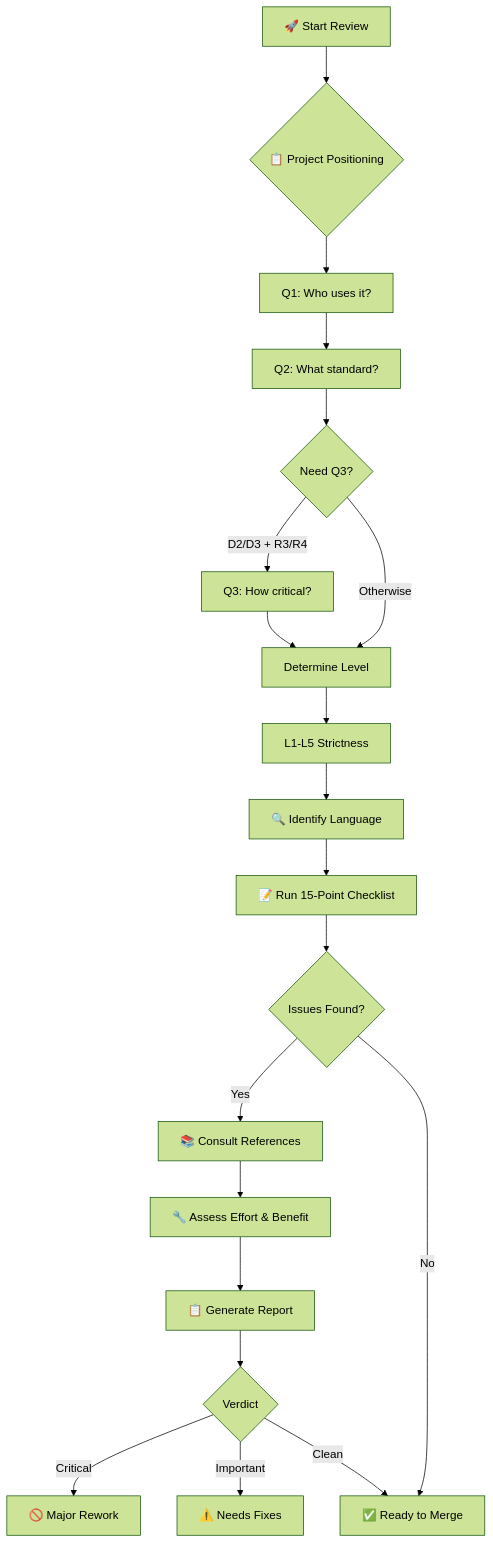
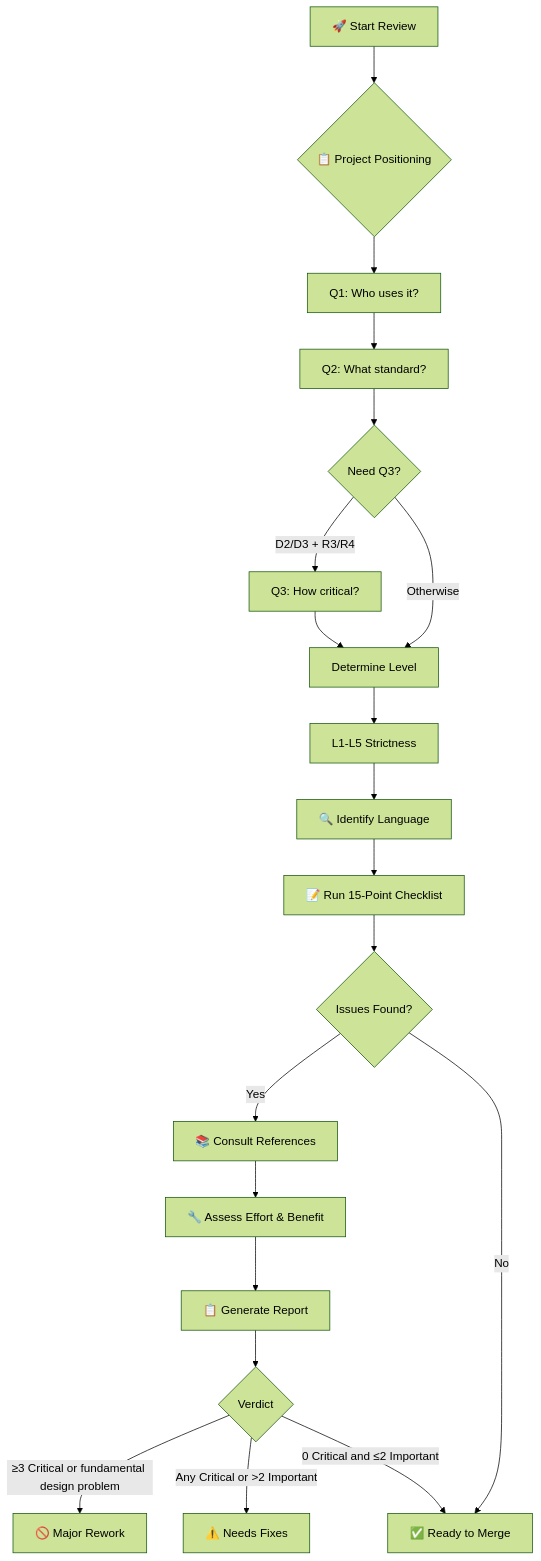
The diagram in skills/clean-code-reviewer/docs/features.md (R-jed/clean-code-reviewer), drawn with Mermaid (forest theme) before and after one commit. The commit also changed other lines of this file and 11 other files, not shown here.

````diff
--- a/skills/clean-code-reviewer/docs/features.md
+++ b/skills/clean-code-reviewer/docs/features.md
@@ -135,27 +135,27 @@
 ```mermaid
 flowchart TD
     A[🚀 Start Review] --> B{📋 Project Positioning}
     B --> C[Q1: Who uses it?]
     C --> D[Q2: What standard?]
     D --> E{Need Q3?}
-    
+
     E -->|D2/D3 + R3/R4| F[Q3: How critical?]
     E -->|Otherwise| G[Determine Level]
     F --> G
-    
+
     G --> H[L1-L5 Strictness]
     H --> I[🔍 Identify Language]
     I --> J[📝 Run 15-Point Checklist]
     J --> K{Issues Found?}
 
     K -->|Yes| L[📚 Consult References]
     K -->|No| M[✅ Ready to Merge]
 
     L --> L2[🔧 Assess Effort & Benefit]
     L2 --> N[📋 Generate Report]
     N --> O{Verdict}
 
-    O -->|Critical| P[🚫 Major Rework]
-    O -->|Important| Q[⚠️ Needs Fixes]
-    O -->|Clean| M
+    O -->|≥3 Critical or fundamental design problem| P[🚫 Major Rework]
+    O -->|Any Critical or >2 Important| Q[⚠️ Needs Fixes]
+    O -->|0 Critical and ≤2 Important| M
 ```
````
